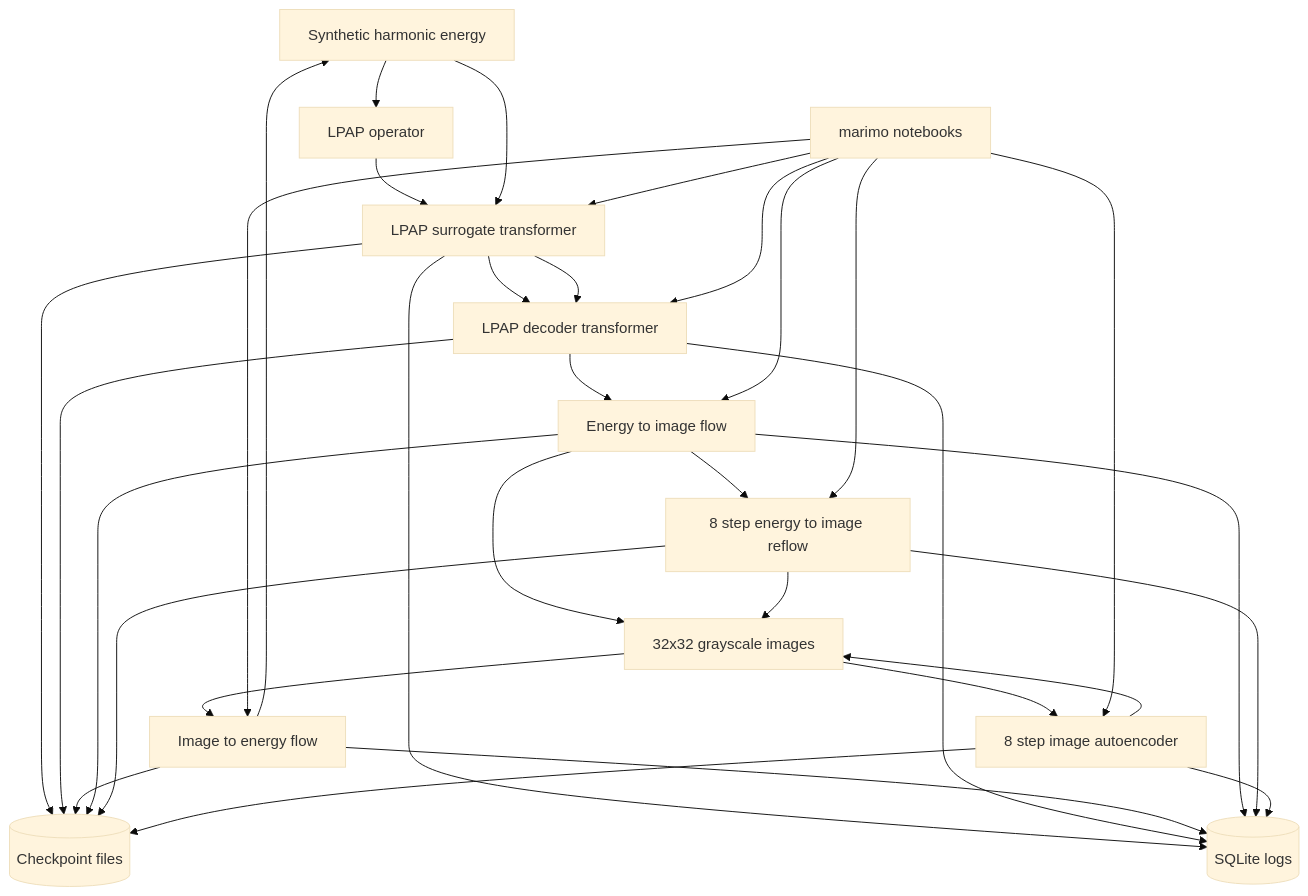
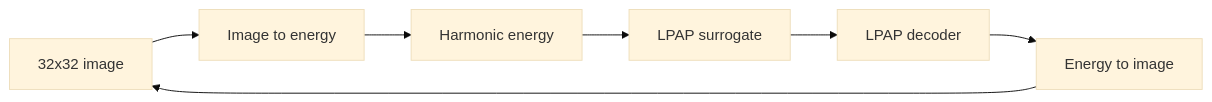
The first of 2 diagrams in README.md (matovitch/lpap), drawn with Mermaid (base theme) before and after one commit. The commit also changed other lines of this file, not shown here.

Commit message:
docs: refresh README

````diff
--- a/README.md
+++ b/README.md
@@ -11,41 +13,7 @@
 ```mermaid
-flowchart TD
-    harmonics[Synthetic harmonic energy]
-    lpap[LPAP operator]
-    surrogate[LPAP surrogate transformer]
-    decoder[LPAP decoder transformer]
-    image[32x32 grayscale images]
-    image_to_energy[Image to energy flow]
-    energy_to_image[Energy to image flow]
-    e2i_reflow[8 step energy to image reflow]
-    image_autoencoder[8 step image autoencoder]
-    checkpoints[(Checkpoint files)]
-    logs[(SQLite logs)]
-    notebooks[marimo notebooks]
-
-    harmonics --> lpap
-    lpap --> surrogate
-    surrogate --> decoder
-    image --> image_to_energy --> harmonics
-    harmonics --> surrogate --> decoder --> energy_to_image --> image
-    energy_to_image --> e2i_reflow --> image
-    image --> image_autoencoder --> image
-    surrogate --> checkpoints
-    decoder --> checkpoints
-    image_to_energy --> checkpoints
-    energy_to_image --> checkpoints
-    e2i_reflow --> checkpoints
-    image_autoencoder --> checkpoints
-    surrogate --> logs
-    decoder --> logs
-    image_to_energy --> logs
-    energy_to_image --> logs
-    e2i_reflow --> logs
-    image_autoencoder --> logs
-    notebooks --> surrogate
-    notebooks --> decoder
-    notebooks --> image_to_energy
-    notebooks --> energy_to_image
-    notebooks --> e2i_reflow
-    notebooks --> image_autoencoder
+flowchart LR
+    image[32x32 image] --> image_to_energy[Image to energy]
+    image_to_energy --> harmonics[Harmonic energy]
+    harmonics --> surrogate[LPAP surrogate] --> decoder[LPAP decoder]
+    decoder --> energy_to_image[Energy to image] --> image
 ```
````
